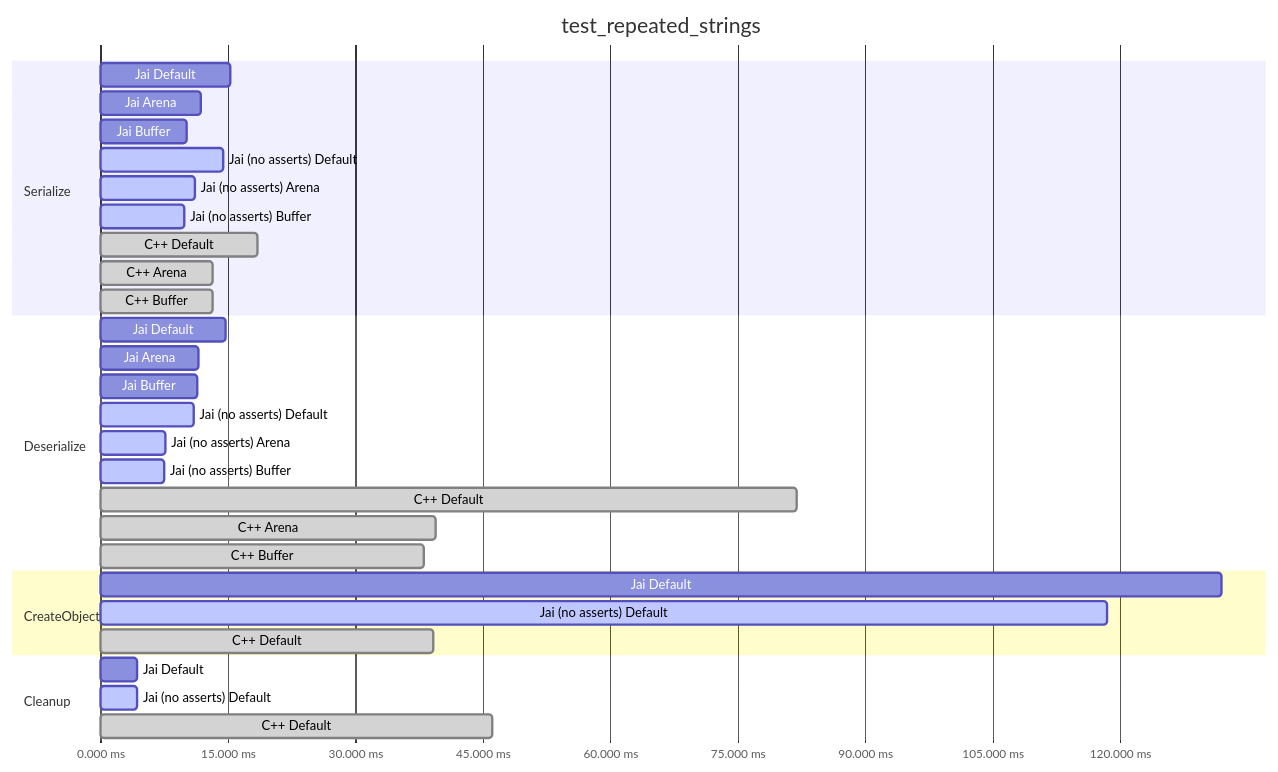
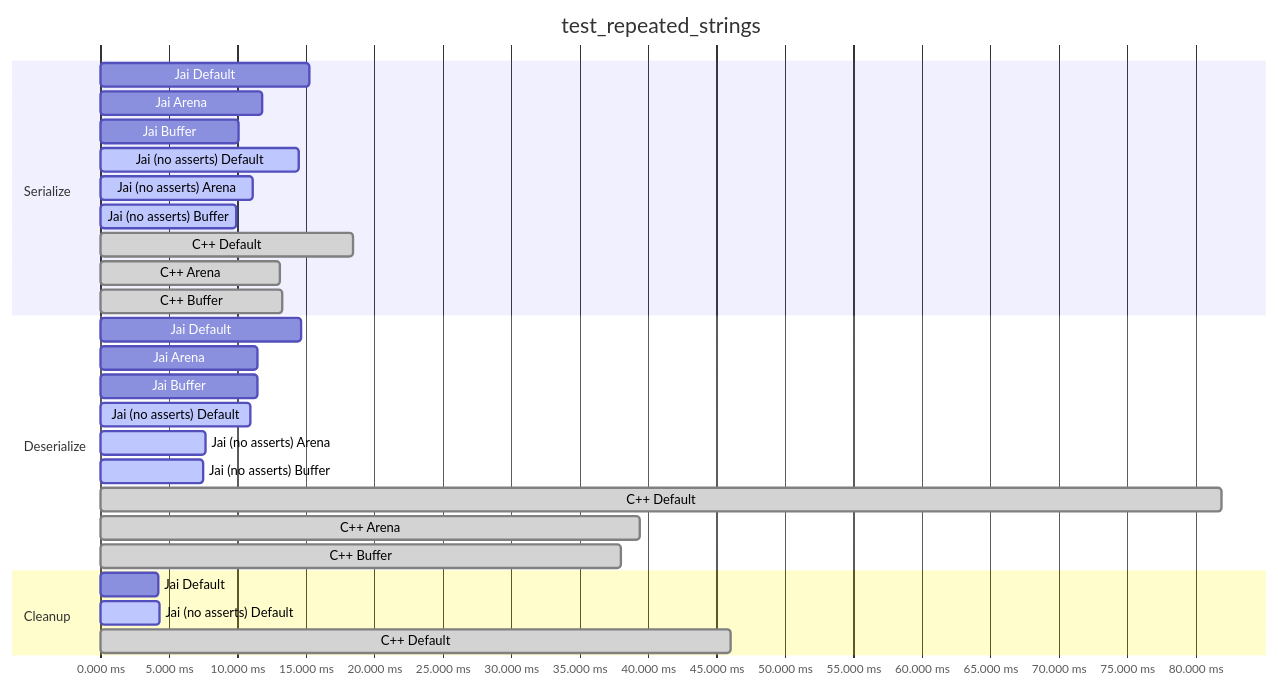
Before and after one commit to segcore/jai-protobuf-timings: the fourth of 7 diagrams in README.md, drawn with Mermaid. The commit also changed other lines of this file and 1 other file, not shown here.

Commit message:
Ignore CreateObject for plots, objects can be created in many ways.

````diff
--- a/README.md
+++ b/README.md
@@ -121,34 +109,30 @@
 ```mermaid
 gantt
     title test_repeated_strings
     dateFormat x
     axisFormat %s.%L ms
     section Serialize
         Jai Default : 0, 15.24555s
         Jai Arena : 0, 11.835906s
         Jai Buffer : 0, 10.091934s
         Jai (no asserts) Default :active, 0, 14.460114s
         Jai (no asserts) Arena :active, 0, 11.118865s
         Jai (no asserts) Buffer :active, 0, 9.919726s
         C++ Default :done, 0, 18.430537s
         C++ Arena :done, 0, 13.131528s
         C++ Buffer :done, 0, 13.242558s
     section Deserialize
         Jai Default : 0, 14.682982s
         Jai Arena : 0, 11.473001s
         Jai Buffer : 0, 11.438935s
         Jai (no asserts) Default :active, 0, 10.907949s
         Jai (no asserts) Arena :active, 0, 7.652731s
         Jai (no asserts) Buffer :active, 0, 7.497309s
         C++ Default :done, 0, 81.873521s
         C++ Arena :done, 0, 39.423258s
         C++ Buffer :done, 0, 37.999314s
-    section CreateObject
-        Jai Default : 0, 131.893067s
-        Jai (no asserts) Default :active, 0, 118.391966s
-        C++ Default :done, 0, 39.129332s
     section Cleanup
         Jai Default : 0, 4.256266s
         Jai (no asserts) Default :active, 0, 4.273207s
         C++ Default :done, 0, 46.026607s
 ```
````
